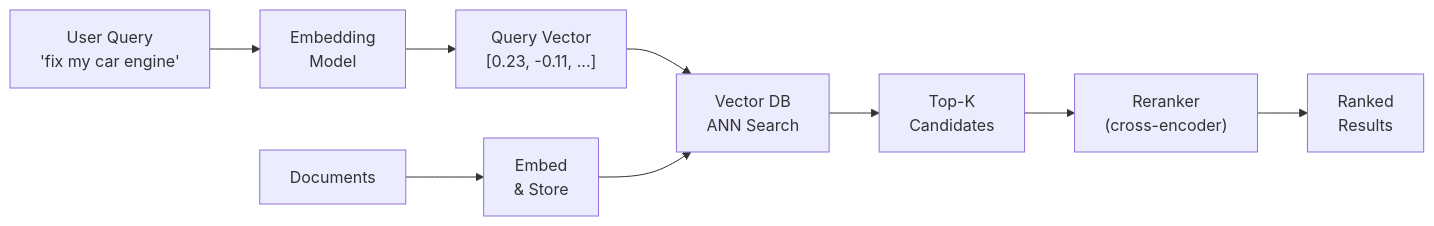
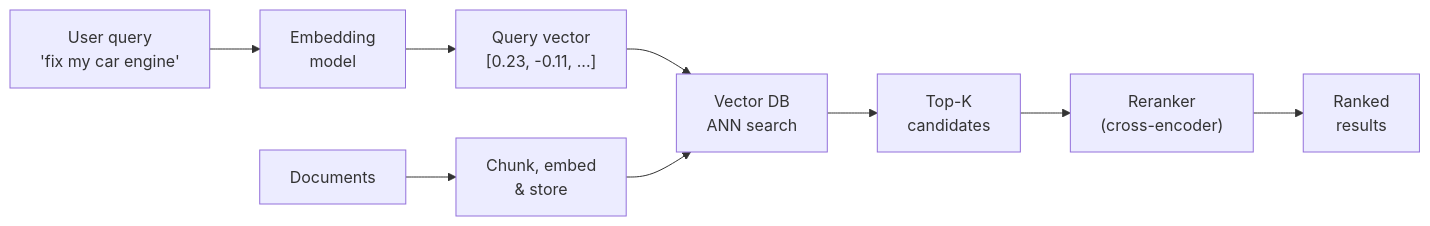
The first of 4 diagrams in content/28_semantic_search.md (Hmago/ml4), drawn with Mermaid before and after one commit. The commit also changed other lines of this file and 96 other files, not shown here.

````diff
--- a/content/28_semantic_search.md
+++ b/content/28_semantic_search.md
@@ -60,12 +58,12 @@
 ```mermaid
 flowchart LR
-    A["User Query\n'fix my car engine'"] --> B["Embedding\nModel"]
-    B --> C["Query Vector\n[0.23, -0.11, ...]"]
-    C --> D["Vector DB\nANN Search"]
-    D --> E["Top-K\nCandidates"]
-    E --> F["Reranker\n(cross-encoder)"]
-    F --> G["Ranked\nResults"]
+    A["User query<br/>'fix my car engine'"] --> B["Embedding<br/>model"]
+    B --> C["Query vector<br/>[0.23, -0.11, ...]"]
+    C --> D["Vector DB<br/>ANN search"]
+    D --> E["Top-K<br/>candidates"]
+    E --> F["Reranker<br/>(cross-encoder)"]
+    F --> G["Ranked<br/>results"]
 
-    H["Documents"] --> I["Embed\n& Store"]
+    H["Documents"] --> I["Chunk, embed<br/>& store"]
     I --> D
 ```
````
